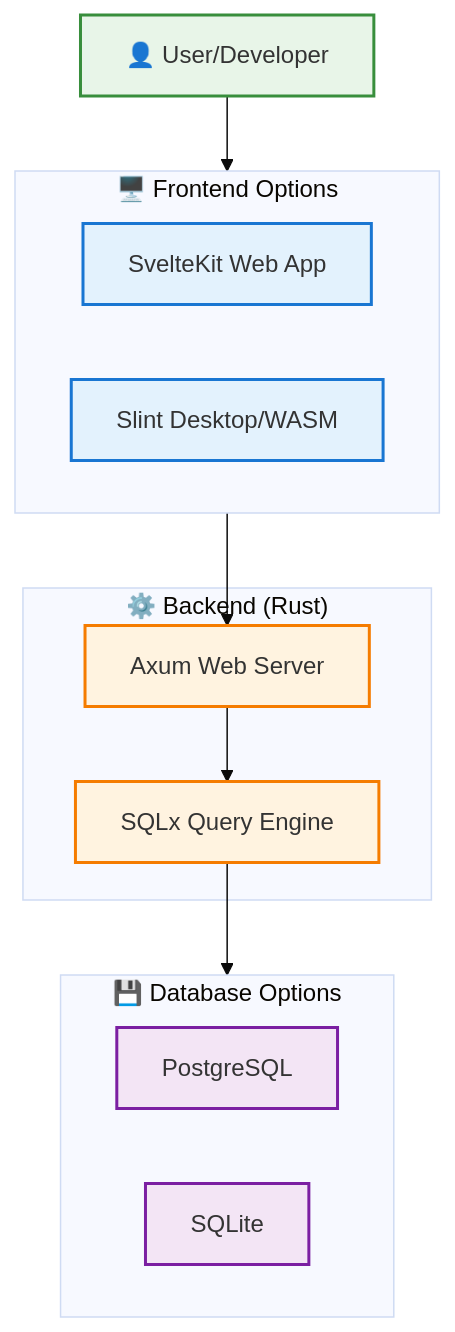
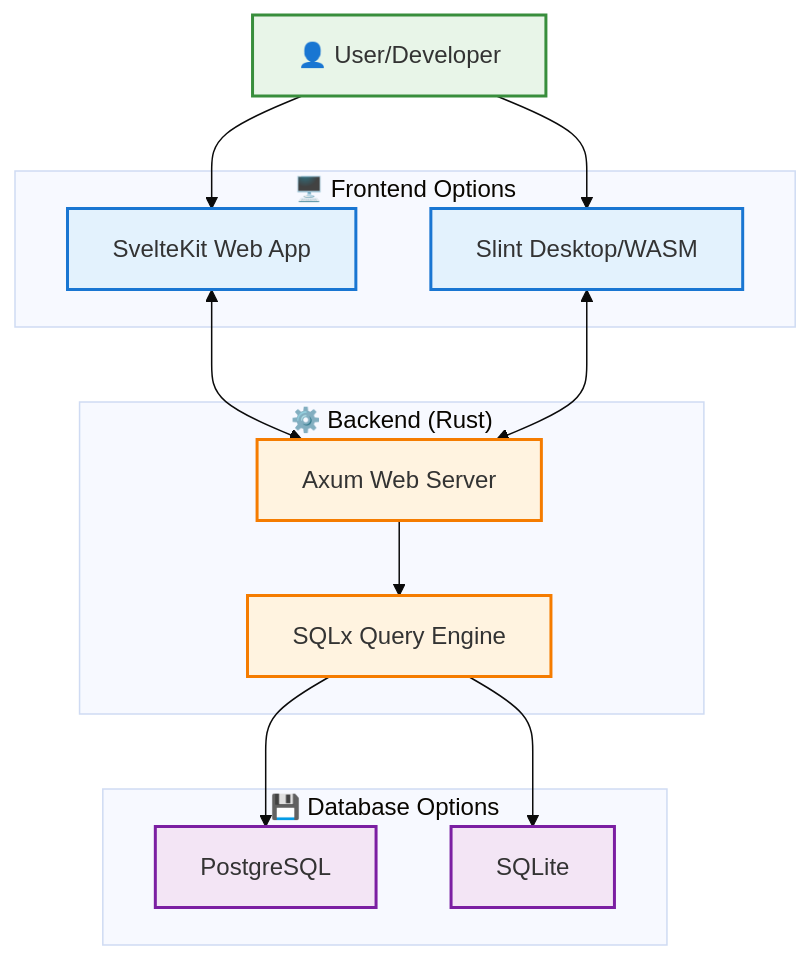
The diagram in readme.md (gramistella/cornerstone), drawn with Mermaid (base theme) before and after one commit. The commit also changed other lines of this file and 12 other files, not shown here.

````diff
--- a/readme.md
+++ b/readme.md
@@ -50,34 +50,37 @@
 ```mermaid
 graph TD
     User[👤 User/Developer]
 
     subgraph Frontend["🖥️ Frontend Options"]
         Svelte[SvelteKit Web App]
         Slint[Slint Desktop/WASM]
     end
 
     subgraph Backend["⚙️ Backend (Rust)"]
         Axum[Axum Web Server]
         SQLx[SQLx Query Engine]
     end
 
     subgraph Database["💾 Database Options"]
         Postgres[PostgreSQL]
         SQLite[SQLite]
     end
 
-    User --> Frontend
-    Frontend --> Axum
+    User --> Svelte
+    User --> Slint
+    Svelte <--> Axum
+    Slint <--> Axum
     Axum --> SQLx
-    SQLx --> Database
+    SQLx --> Postgres
+    SQLx --> SQLite
 
     classDef frontend fill:#e3f2fd,stroke:#1976d2,stroke-width:2px
     classDef backend fill:#fff3e0,stroke:#f57c00,stroke-width:2px
     classDef database fill:#f3e5f5,stroke:#7b1fa2,stroke-width:2px
     classDef user fill:#e8f5e8,stroke:#388e3c,stroke-width:2px
 
     class Svelte,Slint frontend
     class Axum,SQLx backend
     class Postgres,SQLite database
     class User user
 ```
````
